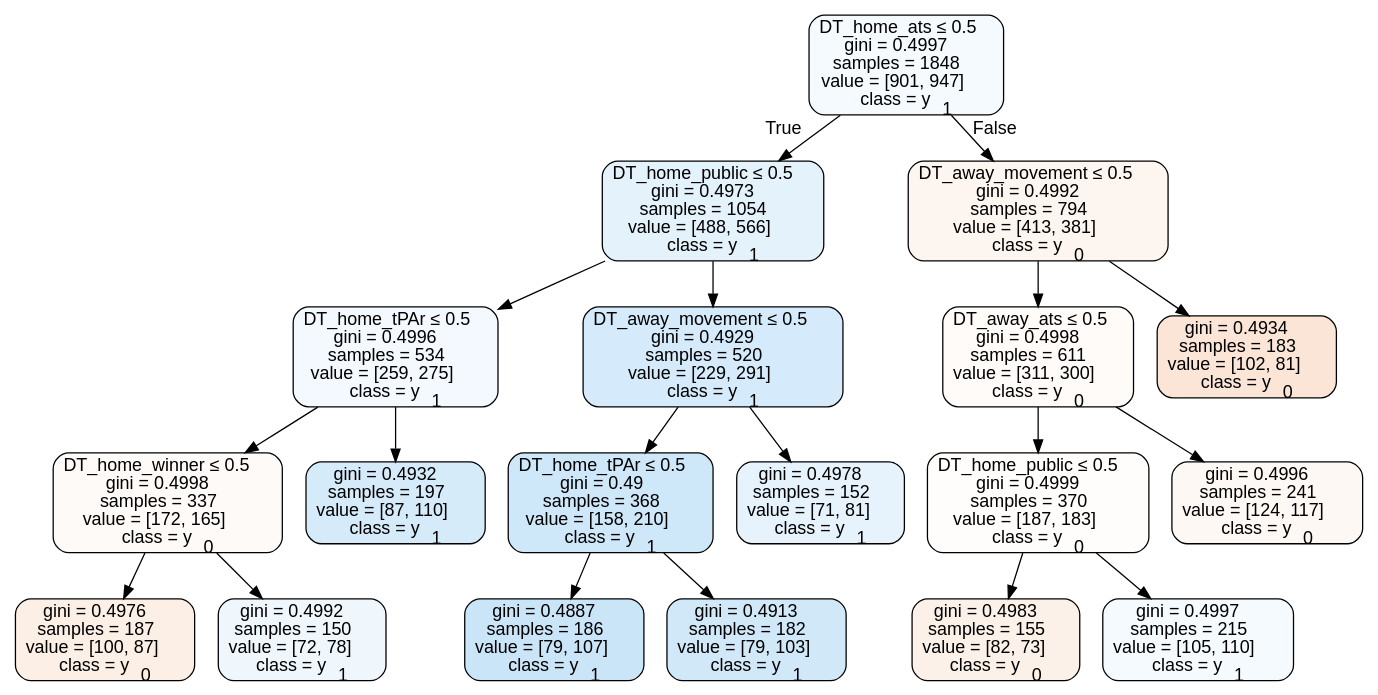
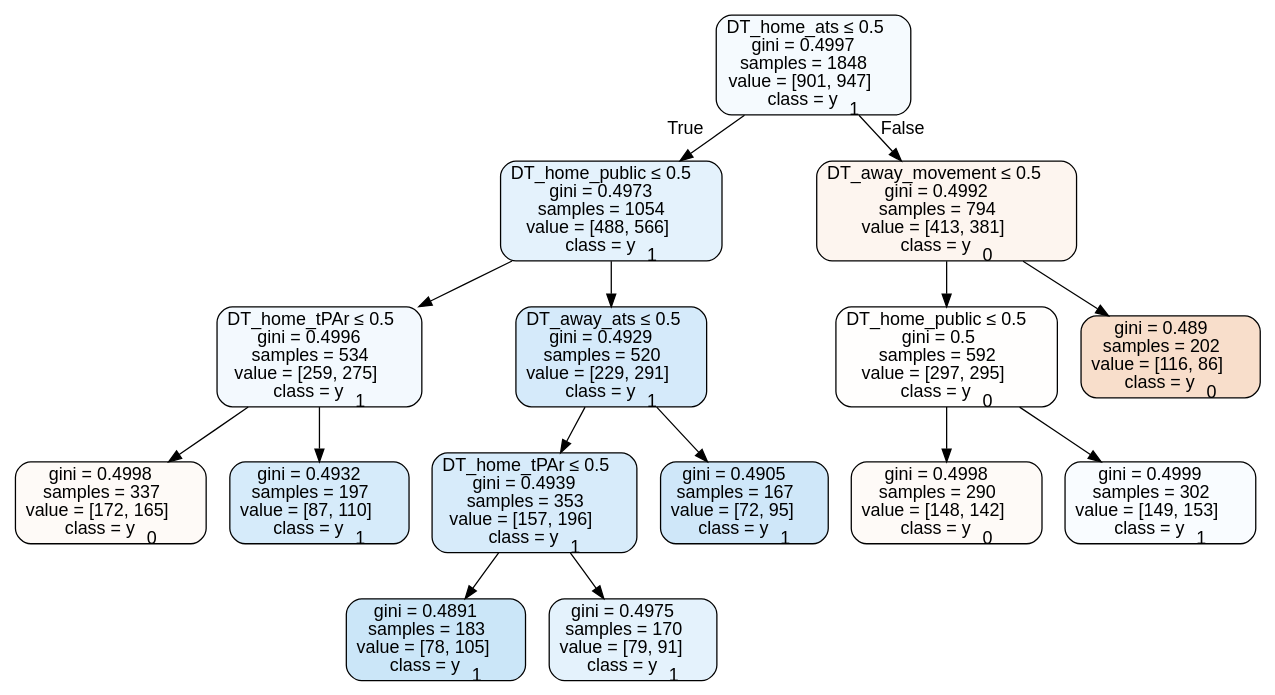
Before and after one commit to usbogie/ncaa-bets: the diagram in tree_data/tree2013neutral.dot, drawn with Graphviz. The commit also changed 22 other files, not shown here.

```diff
--- a/tree_data/tree2013neutral.dot
+++ b/tree_data/tree2013neutral.dot
@@ -1,41 +1,33 @@
 digraph Tree {
 node [shape=box, style="filled, rounded", color="black", fontname=helvetica] ;
 edge [fontname=helvetica] ;
 0 [label=<DT_home_ats &le; 0.5<br/>gini = 0.4997<br/>samples = 1848<br/>value = [901, 947]<br/>class = y<SUB>1</SUB>>, fillcolor="#399de50c"] ;
 1 [label=<DT_home_public &le; 0.5<br/>gini = 0.4973<br/>samples = 1054<br/>value = [488, 566]<br/>class = y<SUB>1</SUB>>, fillcolor="#399de523"] ;
 0 -> 1 [labeldistance=2.5, labelangle=45, headlabel="True"] ;
 2 [label=<DT_home_tPAr &le; 0.5<br/>gini = 0.4996<br/>samples = 534<br/>value = [259, 275]<br/>class = y<SUB>1</SUB>>, fillcolor="#399de50f"] ;
 1 -> 2 ;
-3 [label=<DT_home_winner &le; 0.5<br/>gini = 0.4998<br/>samples = 337<br/>value = [172, 165]<br/>class = y<SUB>0</SUB>>, fillcolor="#e581390a"] ;
+3 [label=<gini = 0.4998<br/>samples = 337<br/>value = [172, 165]<br/>class = y<SUB>0</SUB>>, fillcolor="#e581390a"] ;
 2 -> 3 ;
-4 [label=<gini = 0.4976<br/>samples = 187<br/>value = [100, 87]<br/>class = y<SUB>0</SUB>>, fillcolor="#e5813921"] ;
-3 -> 4 ;
-5 [label=<gini = 0.4992<br/>samples = 150<br/>value = [72, 78]<br/>class = y<SUB>1</SUB>>, fillcolor="#399de514"] ;
-3 -> 5 ;
-6 [label=<gini = 0.4932<br/>samples = 197<br/>value = [87, 110]<br/>class = y<SUB>1</SUB>>, fillcolor="#399de535"] ;
-2 -> 6 ;
-7 [label=<DT_away_movement &le; 0.5<br/>gini = 0.4929<br/>samples = 520<br/>value = [229, 291]<br/>class = y<SUB>1</SUB>>, fillcolor="#399de536"] ;
-1 -> 7 ;
-8 [label=<DT_home_tPAr &le; 0.5<br/>gini = 0.49<br/>samples = 368<br/>value = [158, 210]<br/>class = y<SUB>1</SUB>>, fillcolor="#399de53f"] ;
-7 -> 8 ;
-9 [label=<gini = 0.4887<br/>samples = 186<br/>value = [79, 107]<br/>class = y<SUB>1</SUB>>, fillcolor="#399de543"] ;
-8 -> 9 ;
-10 [label=<gini = 0.4913<br/>samples = 182<br/>value = [79, 103]<br/>class = y<SUB>1</SUB>>, fillcolor="#399de53b"] ;
-8 -> 10 ;
-11 [label=<gini = 0.4978<br/>samples = 152<br/>value = [71, 81]<br/>class = y<SUB>1</SUB>>, fillcolor="#399de51f"] ;
-7 -> 11 ;
-12 [label=<DT_away_movement &le; 0.5<br/>gini = 0.4992<br/>samples = 794<br/>value = [413, 381]<br/>class = y<SUB>0</SUB>>, fillcolor="#e5813914"] ;
-0 -> 12 [labeldistance=2.5, labelangle=-45, headlabel="False"] ;
-13 [label=<DT_away_ats &le; 0.5<br/>gini = 0.4998<br/>samples = 611<br/>value = [311, 300]<br/>class = y<SUB>0</SUB>>, fillcolor="#e5813909"] ;
-12 -> 13 ;
-14 [label=<DT_home_public &le; 0.5<br/>gini = 0.4999<br/>samples = 370<br/>value = [187, 183]<br/>class = y<SUB>0</SUB>>, fillcolor="#e5813905"] ;
-13 -> 14 ;
-15 [label=<gini = 0.4983<br/>samples = 155<br/>value = [82, 73]<br/>class = y<SUB>0</SUB>>, fillcolor="#e581391c"] ;
-14 -> 15 ;
-16 [label=<gini = 0.4997<br/>samples = 215<br/>value = [105, 110]<br/>class = y<SUB>1</SUB>>, fillcolor="#399de50c"] ;
-14 -> 16 ;
-17 [label=<gini = 0.4996<br/>samples = 241<br/>value = [124, 117]<br/>class = y<SUB>0</SUB>>, fillcolor="#e581390e"] ;
-13 -> 17 ;
-18 [label=<gini = 0.4934<br/>samples = 183<br/>value = [102, 81]<br/>class = y<SUB>0</SUB>>, fillcolor="#e5813934"] ;
-12 -> 18 ;
+4 [label=<gini = 0.4932<br/>samples = 197<br/>value = [87, 110]<br/>class = y<SUB>1</SUB>>, fillcolor="#399de535"] ;
+2 -> 4 ;
+5 [label=<DT_away_ats &le; 0.5<br/>gini = 0.4929<br/>samples = 520<br/>value = [229, 291]<br/>class = y<SUB>1</SUB>>, fillcolor="#399de536"] ;
+1 -> 5 ;
+6 [label=<DT_home_tPAr &le; 0.5<br/>gini = 0.4939<br/>samples = 353<br/>value = [157, 196]<br/>class = y<SUB>1</SUB>>, fillcolor="#399de533"] ;
+5 -> 6 ;
+7 [label=<gini = 0.4891<br/>samples = 183<br/>value = [78, 105]<br/>class = y<SUB>1</SUB>>, fillcolor="#399de542"] ;
+6 -> 7 ;
+8 [label=<gini = 0.4975<br/>samples = 170<br/>value = [79, 91]<br/>class = y<SUB>1</SUB>>, fillcolor="#399de522"] ;
+6 -> 8 ;
+9 [label=<gini = 0.4905<br/>samples = 167<br/>value = [72, 95]<br/>class = y<SUB>1</SUB>>, fillcolor="#399de53e"] ;
+5 -> 9 ;
+10 [label=<DT_away_movement &le; 0.5<br/>gini = 0.4992<br/>samples = 794<br/>value = [413, 381]<br/>class = y<SUB>0</SUB>>, fillcolor="#e5813914"] ;
+0 -> 10 [labeldistance=2.5, labelangle=-45, headlabel="False"] ;
+11 [label=<DT_home_public &le; 0.5<br/>gini = 0.5<br/>samples = 592<br/>value = [297, 295]<br/>class = y<SUB>0</SUB>>, fillcolor="#e5813902"] ;
+10 -> 11 ;
+12 [label=<gini = 0.4998<br/>samples = 290<br/>value = [148, 142]<br/>class = y<SUB>0</SUB>>, fillcolor="#e581390a"] ;
+11 -> 12 ;
+13 [label=<gini = 0.4999<br/>samples = 302<br/>value = [149, 153]<br/>class = y<SUB>1</SUB>>, fillcolor="#399de507"] ;
+11 -> 13 ;
+14 [label=<gini = 0.489<br/>samples = 202<br/>value = [116, 86]<br/>class = y<SUB>0</SUB>>, fillcolor="#e5813942"] ;
+10 -> 14 ;
 }
```
